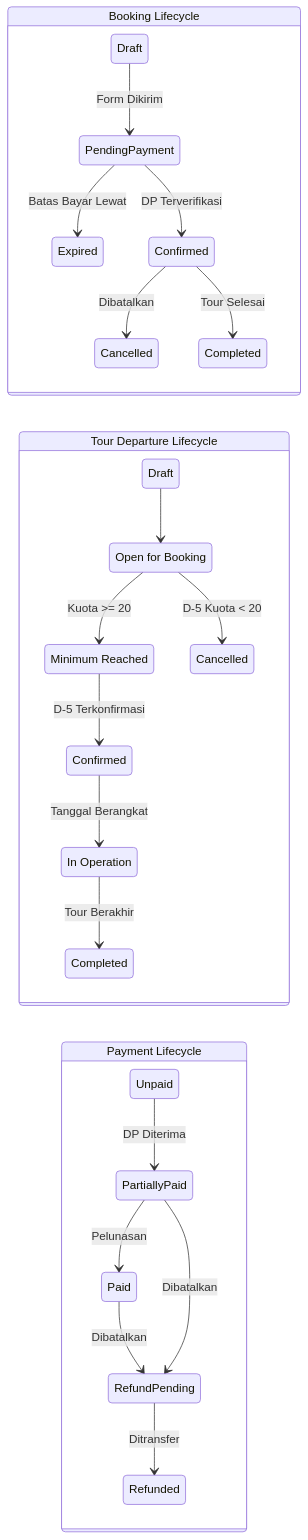
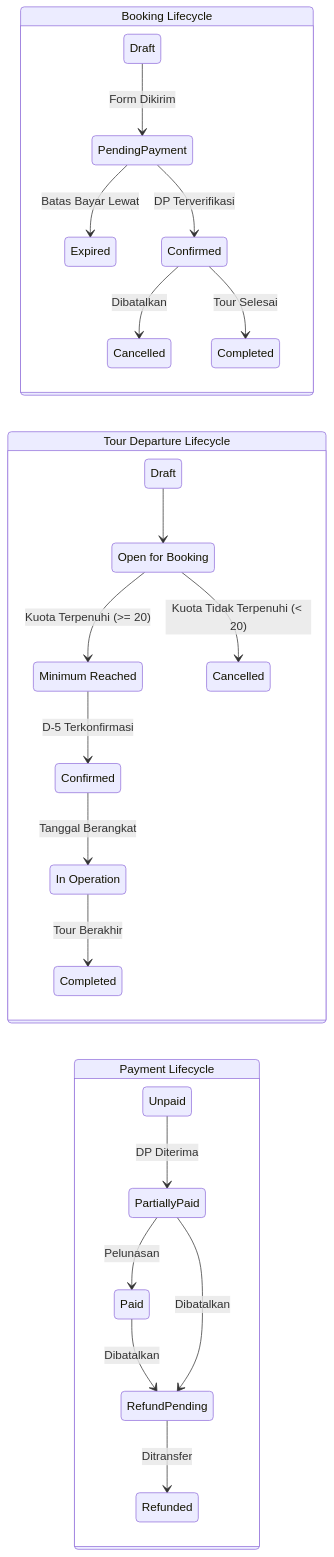
One commit to mfauzanfikri/tms-docs changed the second of 3 diagrams in contexts/01_BRD_Travel_Trip_Management.md. Above: the diagram before and after it, drawn with Mermaid. The commit also changed other lines of this file and 3 other files, not shown here.

Commit message:
docs: fix Mermaid syntax and diagram formatting across all context documents

````diff
--- a/contexts/01_BRD_Travel_Trip_Management.md
+++ b/contexts/01_BRD_Travel_Trip_Management.md
@@ -128,37 +128,37 @@
 ```mermaid
 stateDiagram-v2
     direction LR
 
     state "Booking Lifecycle" as BL {
         Draft --> PendingPayment : Form Dikirim
         PendingPayment --> Expired : Batas Bayar Lewat
         PendingPayment --> Confirmed : DP Terverifikasi
         Confirmed --> Cancelled : Dibatalkan
         Confirmed --> Completed : Tour Selesai
     }
 
     state "Tour Departure Lifecycle" as DL {
         DraftDep : Draft
         OpenBooking : Open for Booking
         MinReached : Minimum Reached
         ConfirmedDep : Confirmed
         InOp : In Operation
         Comp : Completed
         CancelledDep : Cancelled
 
         DraftDep --> OpenBooking
-        OpenBooking --> MinReached : Kuota >= 20
-        OpenBooking --> CancelledDep : D-5 Kuota < 20
+        OpenBooking --> MinReached : Kuota Terpenuhi (>= 20)
+        OpenBooking --> CancelledDep : Kuota Tidak Terpenuhi (< 20)
         MinReached --> ConfirmedDep : D-5 Terkonfirmasi
         ConfirmedDep --> InOp : Tanggal Berangkat
         InOp --> Comp : Tour Berakhir
     }
 
     state "Payment Lifecycle" as PL {
         Unpaid --> PartiallyPaid : DP Diterima
         PartiallyPaid --> Paid : Pelunasan
         Paid --> RefundPending : Dibatalkan
         PartiallyPaid --> RefundPending : Dibatalkan
         RefundPending --> Refunded : Ditransfer
     }
 ```
````
